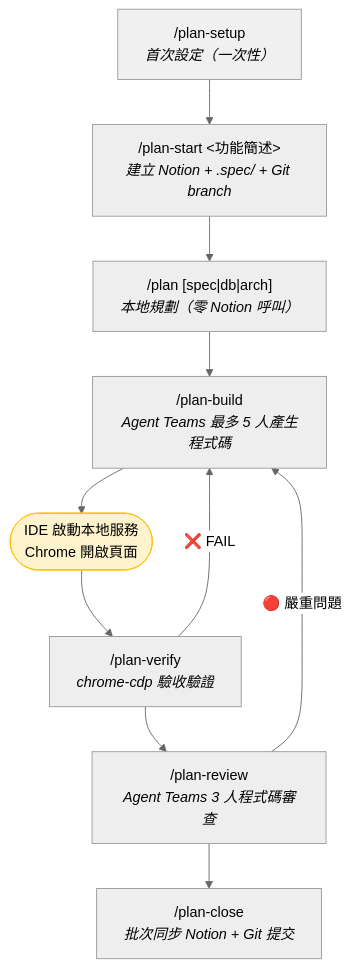
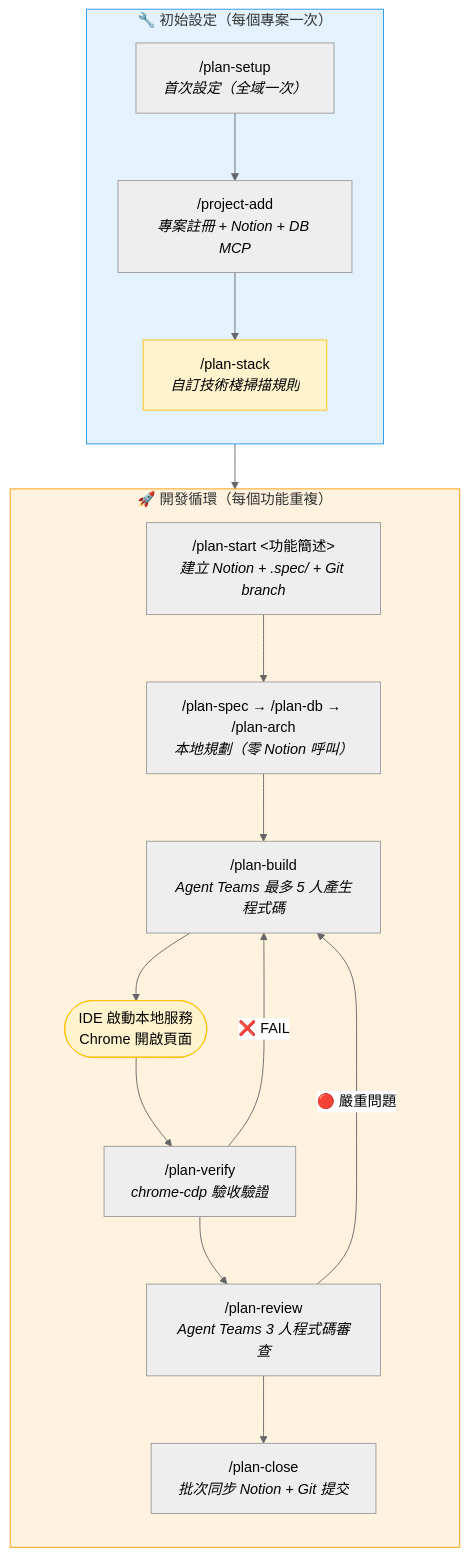
One commit to mark22013333/crew changed the first of 3 diagrams in plugins/feature-workflow/README.md. Above: the diagram before and after it, drawn with Mermaid (neutral theme). The commit also changed other lines of this file and 19 other files, not shown here.

````diff
--- a/plugins/feature-workflow/README.md
+++ b/plugins/feature-workflow/README.md
@@ -30,19 +30,32 @@
 ```mermaid
 flowchart TD
-    setup["/plan-setup<br/><i>首次設定（一次性）</i>"]
-    start["/plan-start &lt;功能簡述&gt;<br/><i>建立 Notion + .spec/ + Git branch</i>"]
-    plan["/plan [spec|db|arch]<br/><i>本地規劃（零 Notion 呼叫）</i>"]
-    build["/plan-build<br/><i>Agent Teams 最多 5 人產生程式碼</i>"]
-    ide(["IDE 啟動本地服務<br/>Chrome 開啟頁面"])
-    verify["/plan-verify<br/><i>chrome-cdp 驗收驗證</i>"]
-    review["/plan-review<br/><i>Agent Teams 3 人程式碼審查</i>"]
-    close["/plan-close<br/><i>批次同步 Notion + Git 提交</i>"]
+    subgraph init["🔧 初始設定（每個專案一次）"]
+        direction TB
+        setup["/plan-setup<br/><i>首次設定（全域一次）</i>"]
+        projAdd["/project-add<br/><i>專案註冊 + Notion + DB MCP</i>"]
+        stack["/plan-stack<br/><i>自訂技術棧掃描規則</i>"]
+        setup --> projAdd --> stack
+    end
 
-    setup --> start --> plan --> build --> ide --> verify --> review --> close
+    subgraph dev["🚀 開發循環（每個功能重複）"]
+        direction TB
+        start["/plan-start &lt;功能簡述&gt;<br/><i>建立 Notion + .spec/ + Git branch</i>"]
+        plan["/plan-spec → /plan-db → /plan-arch<br/><i>本地規劃（零 Notion 呼叫）</i>"]
+        build["/plan-build<br/><i>Agent Teams 最多 5 人產生程式碼</i>"]
+        ide(["IDE 啟動本地服務<br/>Chrome 開啟頁面"])
+        verify["/plan-verify<br/><i>chrome-cdp 驗收驗證</i>"]
+        review["/plan-review<br/><i>Agent Teams 3 人程式碼審查</i>"]
+        close["/plan-close<br/><i>批次同步 Notion + Git 提交</i>"]
 
-    verify -- "❌ FAIL" --> build
-    review -- "🔴 嚴重問題" --> build
+        start --> plan --> build --> ide --> verify --> review --> close
+        verify -- "❌ FAIL" --> build
+        review -- "🔴 嚴重問題" --> build
+    end
 
-    style setup fill:#f0f0f0,stroke:#999
+    init --> dev
+
+    style init fill:#e3f2fd,stroke:#2196f3
+    style dev fill:#fff3e0,stroke:#ff9800
+    style stack fill:#fff3cd,stroke:#ffc107
     style ide fill:#fff3cd,stroke:#ffc107
 ```
````
